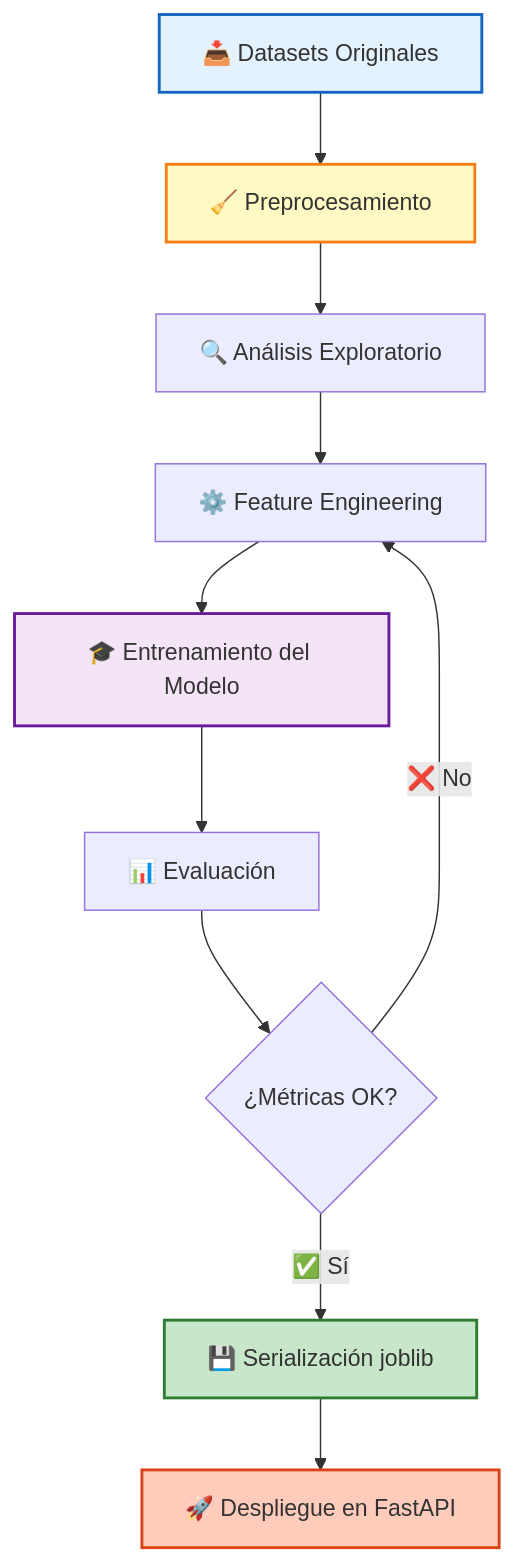
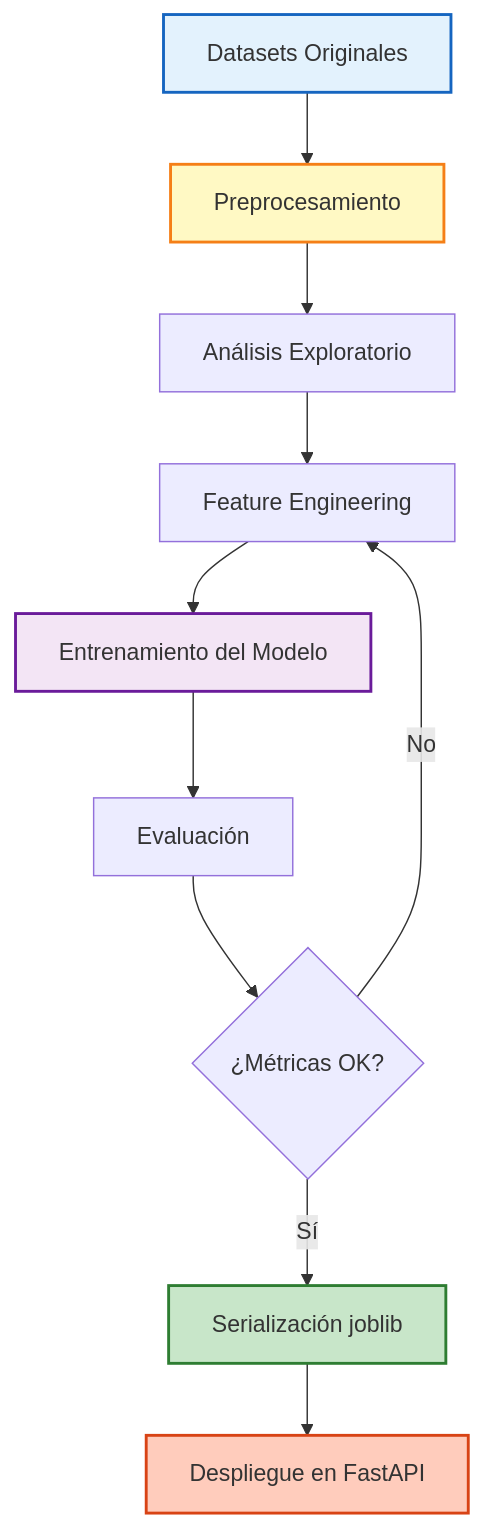
One commit to ml-punto-tech/sentiment-api changed the fifth of 6 diagrams in README.md. Above: the diagram before and after it, drawn with Mermaid. The commit also changed other lines of this file, not shown here.

````diff
--- a/README.md
+++ b/README.md
@@ -294,18 +392,18 @@
 ```mermaid
 flowchart TD
-    A[📥 Datasets Originales] --> B[🧹 Preprocesamiento]
-    B --> C[🔍 Análisis Exploratorio]
-    C --> D[⚙️ Feature Engineering]
-    D --> E[🎓 Entrenamiento del Modelo]
-    E --> F[📊 Evaluación]
+    A[Datasets Originales] --> B[Preprocesamiento]
+    B --> C[Análisis Exploratorio]
+    C --> D[Feature Engineering]
+    D --> E[Entrenamiento del Modelo]
+    E --> F[Evaluación]
     F --> G{¿Métricas OK?}
-    G -->|❌ No| D
-    G -->|✅ Sí| H[💾 Serialización joblib]
-    H --> I[🚀 Despliegue en FastAPI]
+    G -->|No| D
+    G -->|Sí| H[Serialización joblib]
+    H --> I[Despliegue en FastAPI]
     
     style A fill:#e3f2fd,stroke:#1565c0,stroke-width:2px
     style B fill:#fff9c4,stroke:#f57f17,stroke-width:2px
     style E fill:#f3e5f5,stroke:#6a1b9a,stroke-width:2px
     style H fill:#c8e6c9,stroke:#2e7d32,stroke-width:2px
     style I fill:#ffccbc,stroke:#d84315,stroke-width:2px
 ```
````
